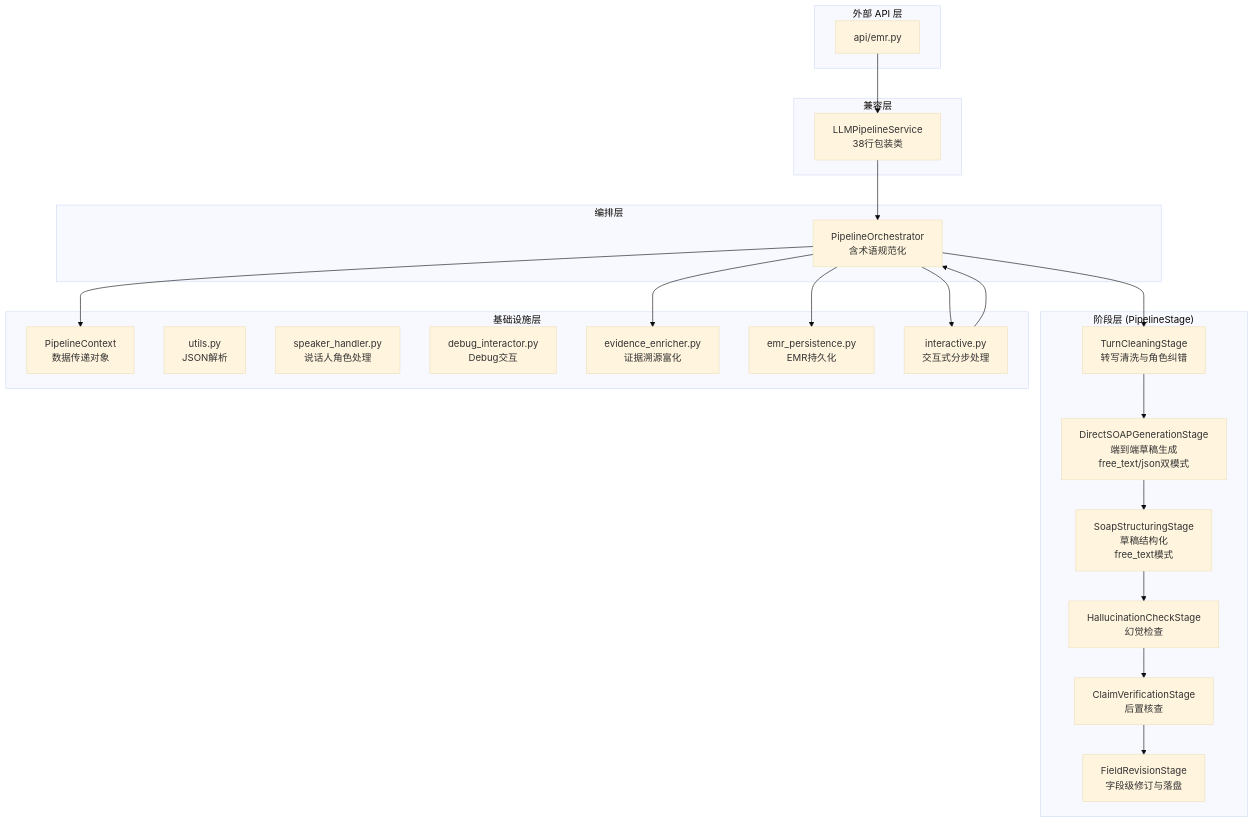
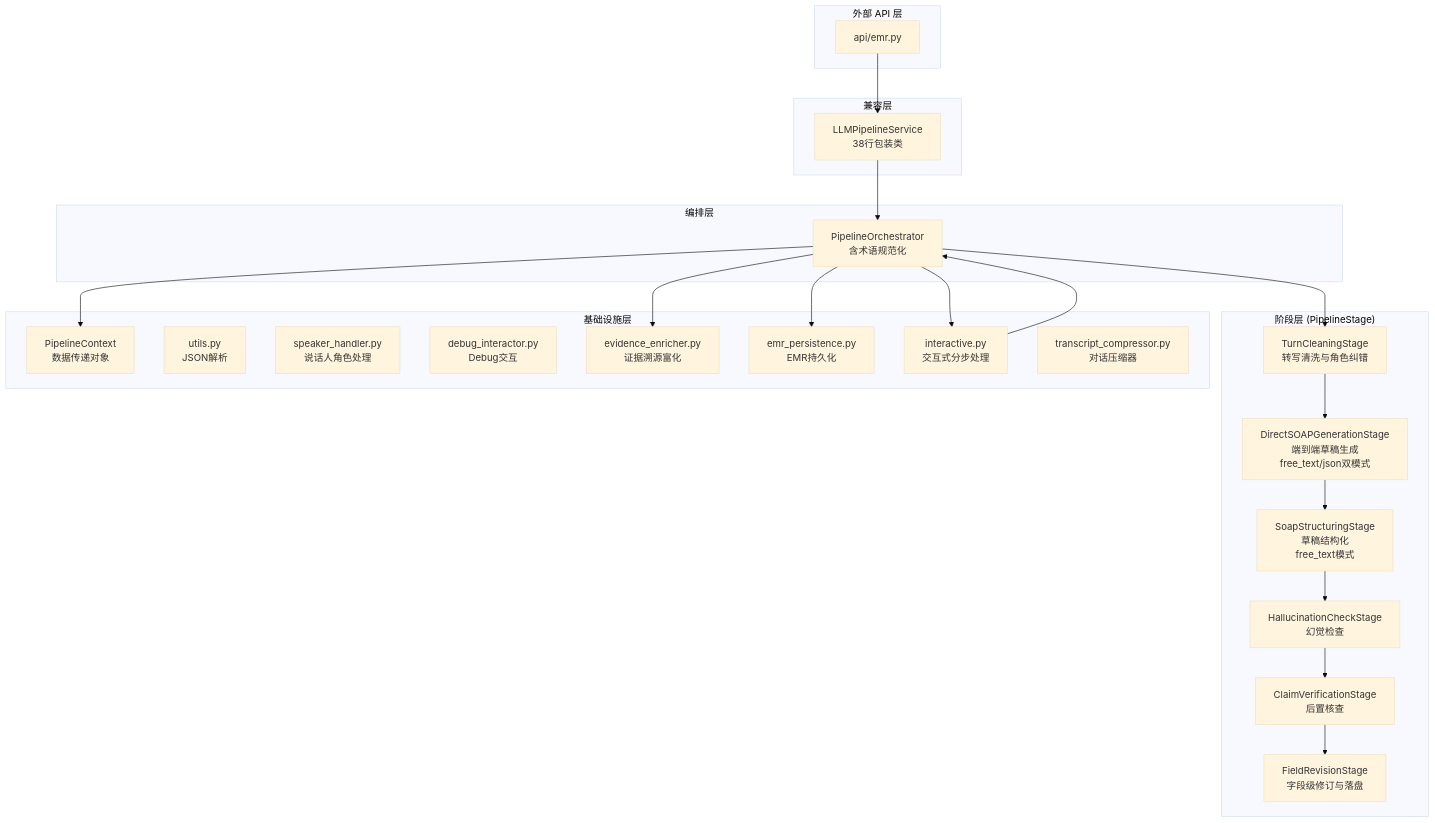
Diagram 23 of 29 in docs/architecture.md (LiGaohe/MedicalAssistant), drawn with Mermaid (base theme) before and after one commit. The commit also changed other lines of this file and 21 other files, not shown here.

````diff
--- a/docs/architecture.md
+++ b/docs/architecture.md
@@ -1342,47 +1344,48 @@
 ```mermaid
 graph TB
     subgraph "外部 API 层"
         EMR_API[api/emr.py]
     end
 
     subgraph "兼容层"
         LSP[LLMPipelineService<br/>38行包装类]
     end
 
     subgraph "编排层"
         ORC[PipelineOrchestrator<br/>含术语规范化]
     end
 
     subgraph "阶段层 (PipelineStage)"
         TCS[TurnCleaningStage<br/>转写清洗与角色纠错]
         DSG[DirectSOAPGenerationStage<br/>端到端草稿生成<br/>free_text/json双模式]
         SSS[SoapStructuringStage<br/>草稿结构化<br/>free_text模式]
         HCS[HallucinationCheckStage<br/>幻觉检查]
         CVS[ClaimVerificationStage<br/>后置核查]
         FRS[FieldRevisionStage<br/>字段级修订与落盘]
     end
 
     subgraph "基础设施层"
         CTX[PipelineContext<br/>数据传递对象]
         UTIL[utils.py<br/>JSON解析]
         SPK[speaker_handler.py<br/>说话人角色处理]
         DBG[debug_interactor.py<br/>Debug交互]
         EVI[evidence_enricher.py<br/>证据溯源富化]
         EMR_P[emr_persistence.py<br/>EMR持久化]
         INT[interactive.py<br/>交互式分步处理]
+        TC[transcript_compressor.py<br/>对话压缩器]
     end
 
     EMR_API --> LSP
     LSP --> ORC
     ORC --> TCS
     TCS --> DSG
     DSG --> SSS
     SSS --> HCS
     HCS --> CVS
     CVS --> FRS
     ORC --> CTX
     ORC --> EMR_P
     ORC --> EVI
     ORC --> INT
     INT --> ORC
 ```
````
